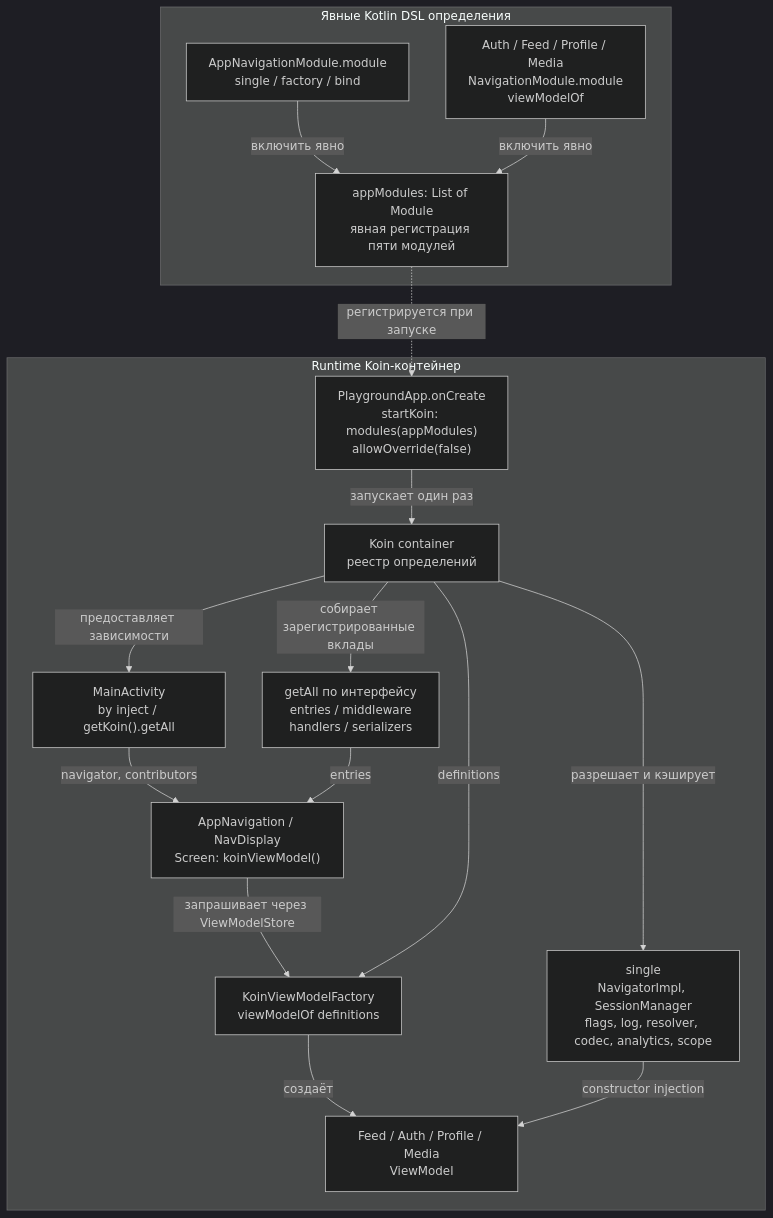
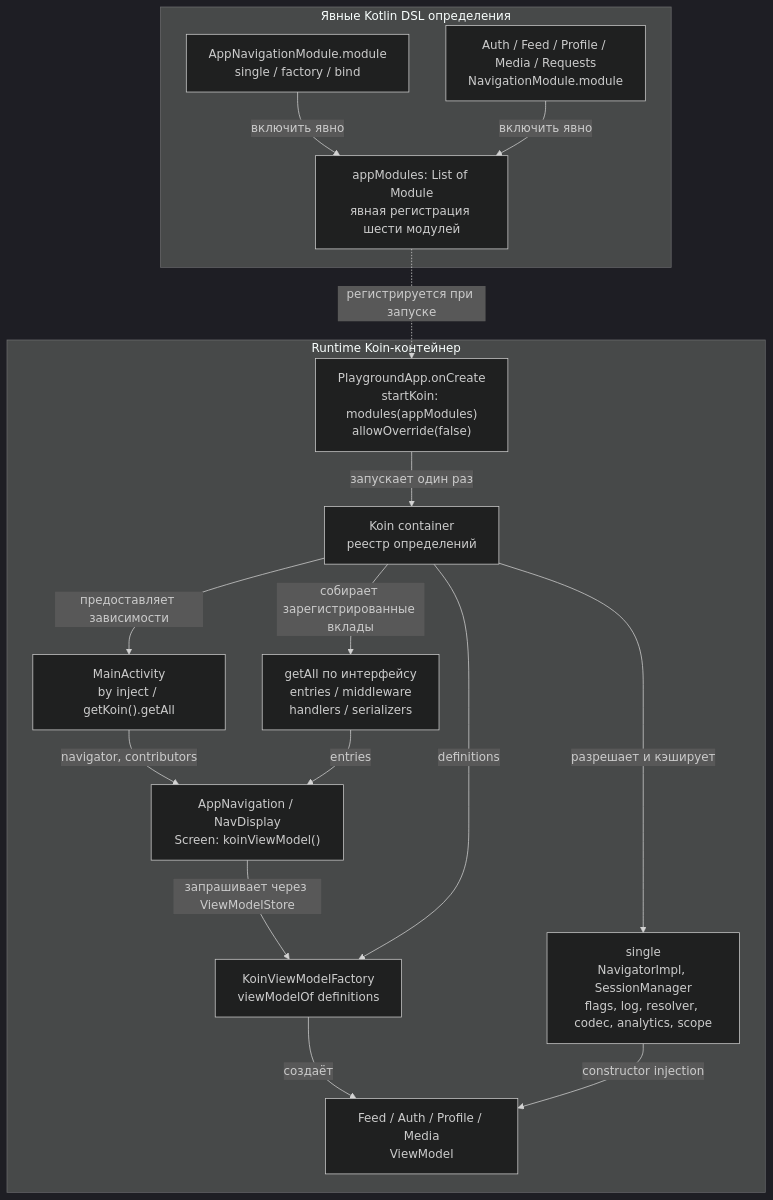
Before and after one commit to akma302/NavPlayground: the diagram in docs/di/koin.md, drawn with Mermaid (dark theme). The commit also changed other lines of this file and 9 other files, not shown here.

````diff
--- a/docs/di/koin.md
+++ b/docs/di/koin.md
@@ -6,31 +6,31 @@
 ```mermaid
 flowchart TB
     subgraph Definitions["Явные Kotlin DSL определения"]
         AppModule["AppNavigationModule.module<br/>single / factory / bind"]
-        Features["Auth / Feed / Profile / Media<br/>NavigationModule.module<br/>viewModelOf"]
-        Wiring["appModules: List of Module<br/>явная регистрация пяти модулей"]
+        Features["Auth / Feed / Profile / Media / Requests<br/>NavigationModule.module"]
+        Wiring["appModules: List of Module<br/>явная регистрация шести модулей"]
         AppModule -->|включить явно| Wiring
         Features -->|включить явно| Wiring
     end
     subgraph Runtime["Runtime Koin-контейнер"]
         App["PlaygroundApp.onCreate<br/>startKoin: modules(appModules)<br/>allowOverride(false)"]
         Container["Koin container<br/>реестр определений"]
         Shared["single<br/>NavigatorImpl, SessionManager<br/>flags, log, resolver, codec, analytics, scope"]
         Collections["getAll по интерфейсу<br/>entries / middleware<br/>handlers / serializers"]
         Activity["MainActivity<br/>by inject / getKoin().getAll"]
         Nav["AppNavigation / NavDisplay<br/>Screen: koinViewModel()"]
         Factory["KoinViewModelFactory<br/>viewModelOf definitions"]
         VM["Feed / Auth / Profile / Media<br/>ViewModel"]
         App -->|запускает один раз| Container
         Container -->|разрешает и кэширует| Shared
         Container -->|собирает зарегистрированные вклады| Collections
         Container -->|предоставляет зависимости| Activity
         Activity -->|navigator, contributors| Nav
         Collections -->|entries| Nav
         Nav -->|запрашивает через ViewModelStore| Factory
         Container -->|definitions| Factory
         Factory -->|создаёт| VM
         Shared -->|constructor injection| VM
     end
     Wiring -.->|регистрируется при запуске| App
 ```
````
